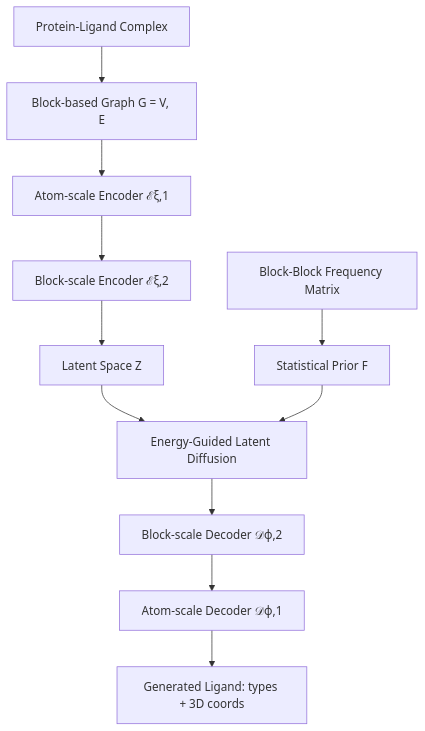
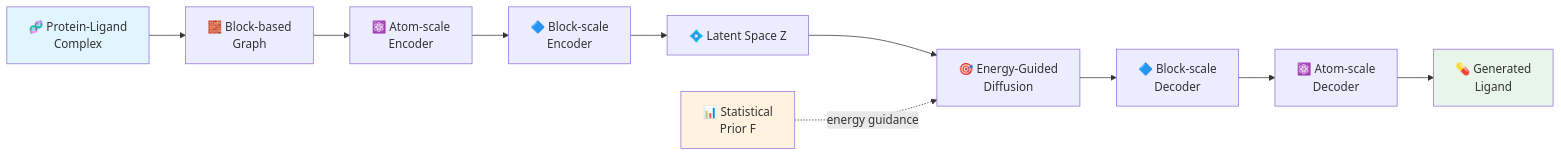
Before and after one commit to eightmm/eightmm.github.io: the diagram in _posts/2026-02-19-speclig-energy-guided-ligand-design.md, drawn with Mermaid. The commit also changed other lines of this file, not shown here.

````diff
--- a/_posts/2026-02-19-speclig-energy-guided-ligand-design.md
+++ b/_posts/2026-02-19-speclig-energy-guided-ligand-design.md
@@ -146,14 +52,17 @@
 ```mermaid
-graph TD
-    A[Protein-Ligand Complex] --> B[Block-based Graph G = V, E]
-    B --> C[Atom-scale Encoder ℰξ,1]
-    C --> D[Block-scale Encoder ℰξ,2]
-    D --> E[Latent Space Z]
-    E --> F[Energy-Guided Latent Diffusion]
-    F --> G[Block-scale Decoder 𝒟ϕ,2]
-    G --> H[Atom-scale Decoder 𝒟ϕ,1]
-    H --> I[Generated Ligand: types + 3D coords]
+graph LR
+    A["🧬 Protein-Ligand<br/>Complex"] --> B["🧱 Block-based<br/>Graph"]
+    B --> C["⚛️ Atom-scale<br/>Encoder"]
+    C --> D["🔷 Block-scale<br/>Encoder"]
+    D --> E["💠 Latent Space Z"]
+    E --> F["🎯 Energy-Guided<br/>Diffusion"]
+    F --> G["🔷 Block-scale<br/>Decoder"]
+    G --> H["⚛️ Atom-scale<br/>Decoder"]
+    H --> I["💊 Generated<br/>Ligand"]
     
-    J[Statistical Prior F] --> F
-    K[Block-Block Frequency Matrix] --> J
+    J["📊 Statistical<br/>Prior F"] -.->|energy guidance| F
+
+    style A fill:#e1f5fe
+    style I fill:#e8f5e9
+    style J fill:#fff3e0
 ```
````
